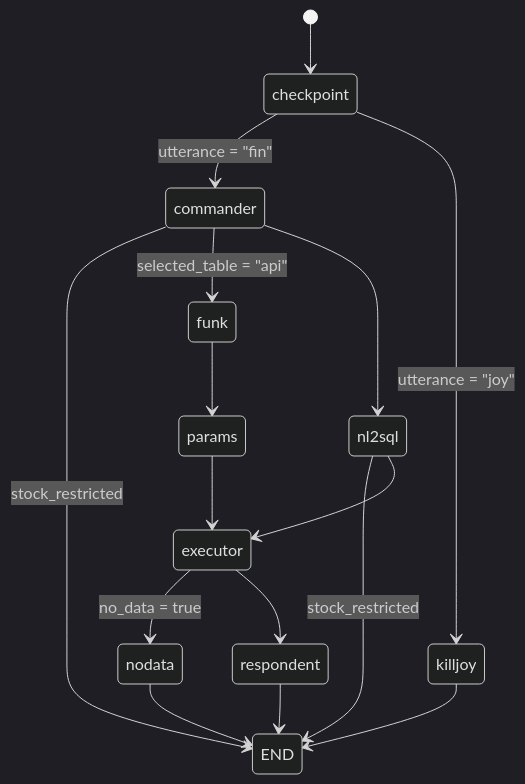
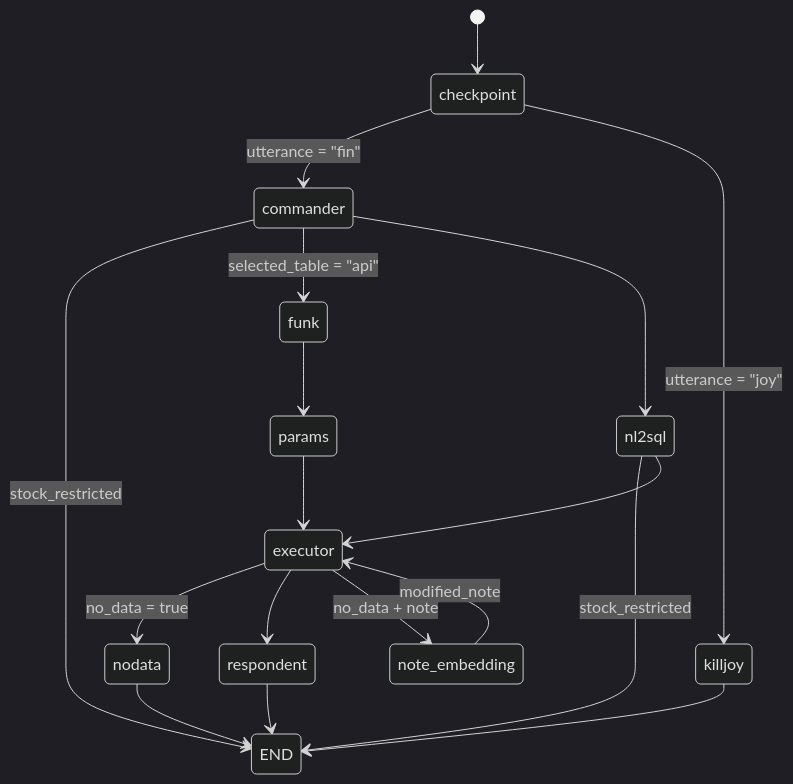
Before and after one commit to kangbw0420/QUVI: the diagram in README.md, drawn with Mermaid (dark theme). The commit also changed 1 other file, not shown here.

Commit message:
적요 벡터 검색 수정_was

````diff
--- a/README.md
+++ b/README.md
@@ -7,24 +7,27 @@
 ```mermaid
 stateDiagram-v2
     [*] --> checkpoint
 
     checkpoint --> commander: utterance = "fin"
     checkpoint --> killjoy: utterance = "joy"
     
     commander --> END: stock_restricted
     commander --> funk: selected_table = "api"
     commander --> nl2sql
     
     funk --> params
     params --> executor
     
     nl2sql --> END: stock_restricted
     nl2sql --> executor
     
     executor --> nodata: no_data = true
     executor --> respondent
+
+    executor --> note_embedding: no_data + note
+    note_embedding --> executor: modified_note
     
     killjoy --> END
     nodata --> END
     respondent --> END
 ```
````
